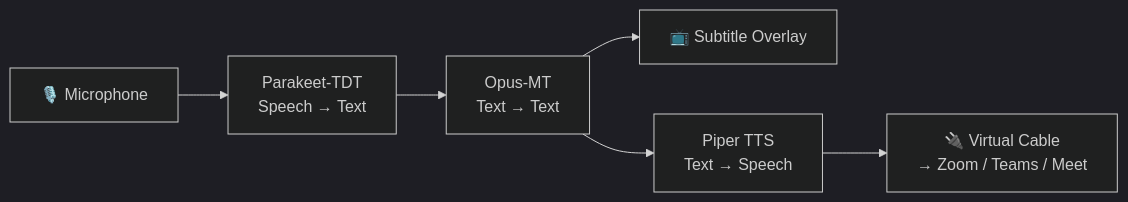
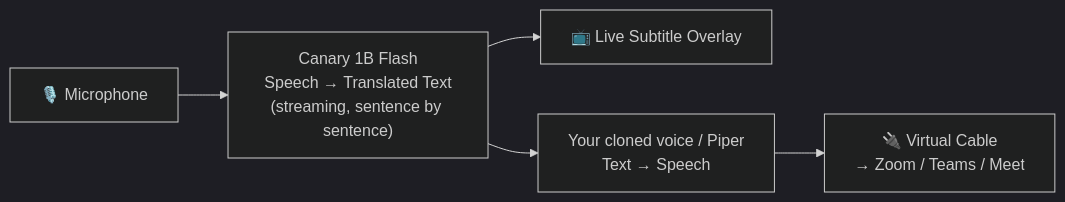
Before and after one commit to NBS282/LiveTranslate: the first of 2 diagrams in README.md, drawn with Mermaid (dark theme). The commit also changed other lines of this file and 1 other file, not shown here.

First line of the commit message:
docs: describe the simultaneous Canary pipeline on the site and README

````diff
--- a/README.md
+++ b/README.md
@@ -47,8 +47,7 @@
 ```mermaid
 flowchart LR
-    A["🎙️ Microphone"] --> B["Parakeet-TDT\nSpeech → Text"]
-    B --> C["Opus-MT\nText → Text"]
-    C --> D["📺 Subtitle Overlay"]
-    C --> E["Piper TTS\nText → Speech"]
+    A["🎙️ Microphone"] --> B["Canary 1B Flash\nSpeech → Translated Text\n(streaming, sentence by sentence)"]
+    B --> D["📺 Live Subtitle Overlay"]
+    B --> E["Your cloned voice / Piper\nText → Speech"]
     E --> F["🔌 Virtual Cable\n→ Zoom / Teams / Meet"]
 ```
````
